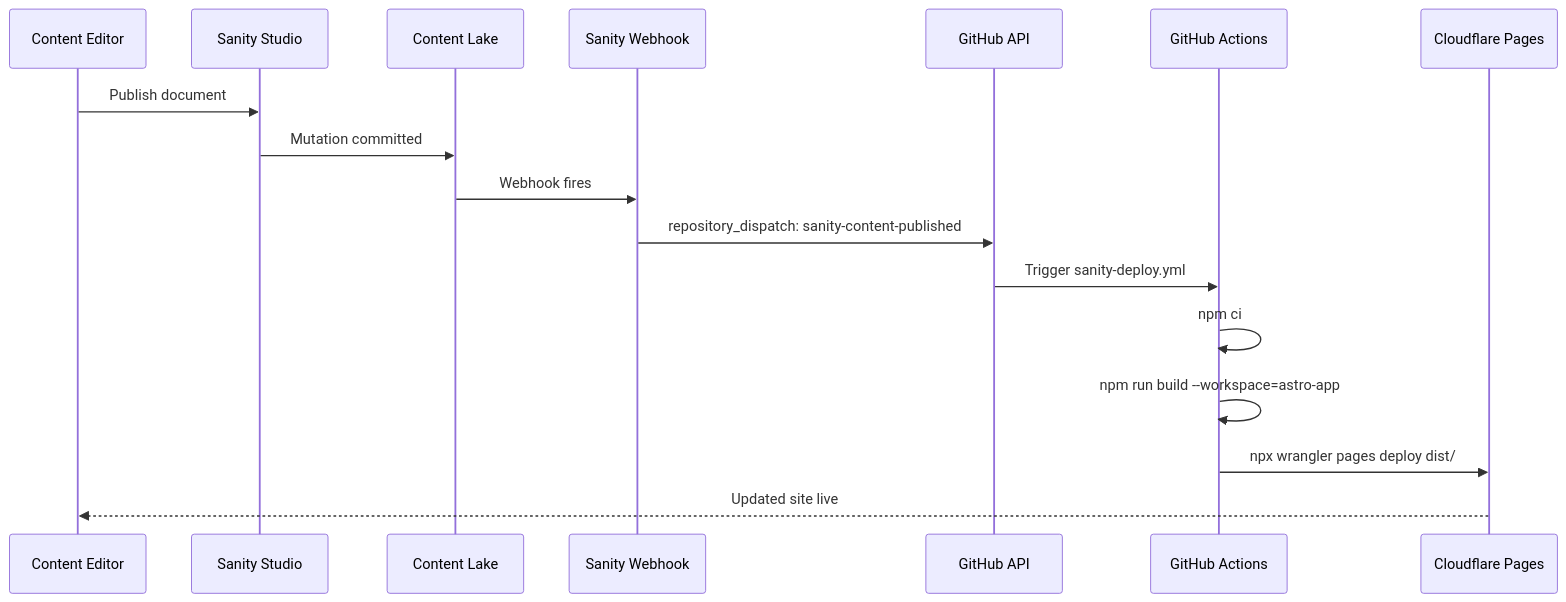
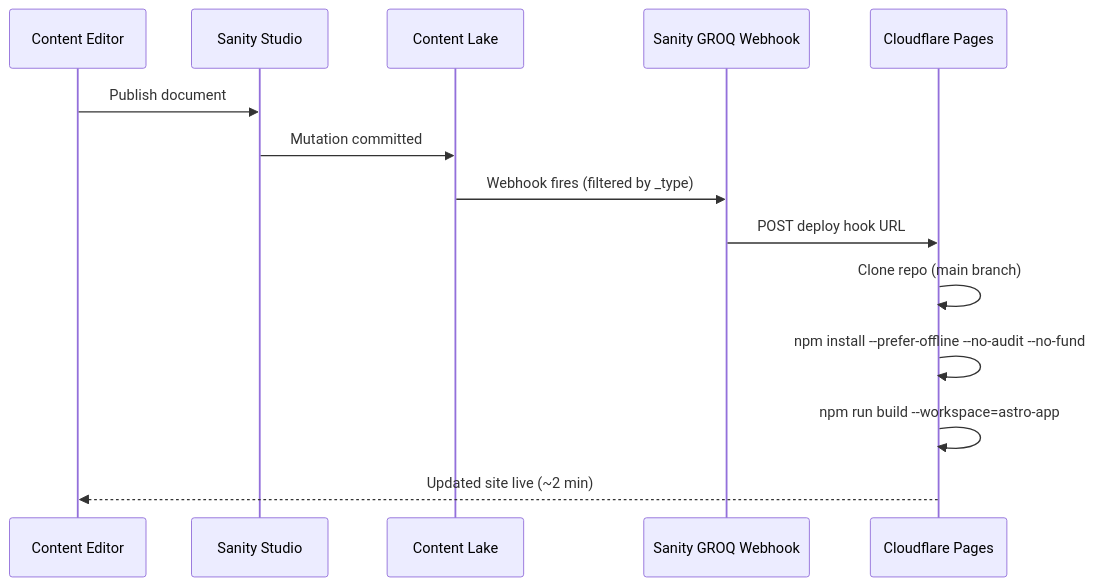
The sixth of 7 diagrams in docs/integration-architecture.md (gsinghjay/astro-shadcn-sanity), drawn with Mermaid before and after one commit. The commit also changed other lines of this file and 2 other files, not shown here.

Commit message:
chore: optimize Cloudflare Pages build pipeline
Replace the legacy GitHub Actions content deploy workflow with direct
Cloudflare Pages deploy hooks. Add SKIP_DEPENDENCY_INSTALL and
NODE_VERSION env vars to skip the automatic npm ci and pin Node.js.
Update build watch paths and tighten preview branch controls.

````diff
--- a/docs/integration-architecture.md
+++ b/docs/integration-architecture.md
@@ -337,20 +337,17 @@
 ```mermaid
 sequenceDiagram
     participant Editor as Content Editor
     participant Studio as Sanity Studio
     participant Lake as Content Lake
-    participant Hook as Sanity Webhook
-    participant GH as GitHub API
-    participant GHA as GitHub Actions
+    participant Hook as Sanity GROQ Webhook
     participant CF as Cloudflare Pages
 
     Editor->>Studio: Publish document
     Studio->>Lake: Mutation committed
-    Lake->>Hook: Webhook fires
-    Hook->>GH: repository_dispatch: sanity-content-published
-    GH->>GHA: Trigger sanity-deploy.yml
-    GHA->>GHA: npm ci
-    GHA->>GHA: npm run build --workspace=astro-app
-    GHA->>CF: npx wrangler pages deploy dist/
-    CF-->>Editor: Updated site live
+    Lake->>Hook: Webhook fires (filtered by _type)
+    Hook->>CF: POST deploy hook URL
+    CF->>CF: Clone repo (main branch)
+    CF->>CF: npm install --prefer-offline --no-audit --no-fund
+    CF->>CF: npm run build --workspace=astro-app
+    CF-->>Editor: Updated site live (~2 min)
 ```
````
